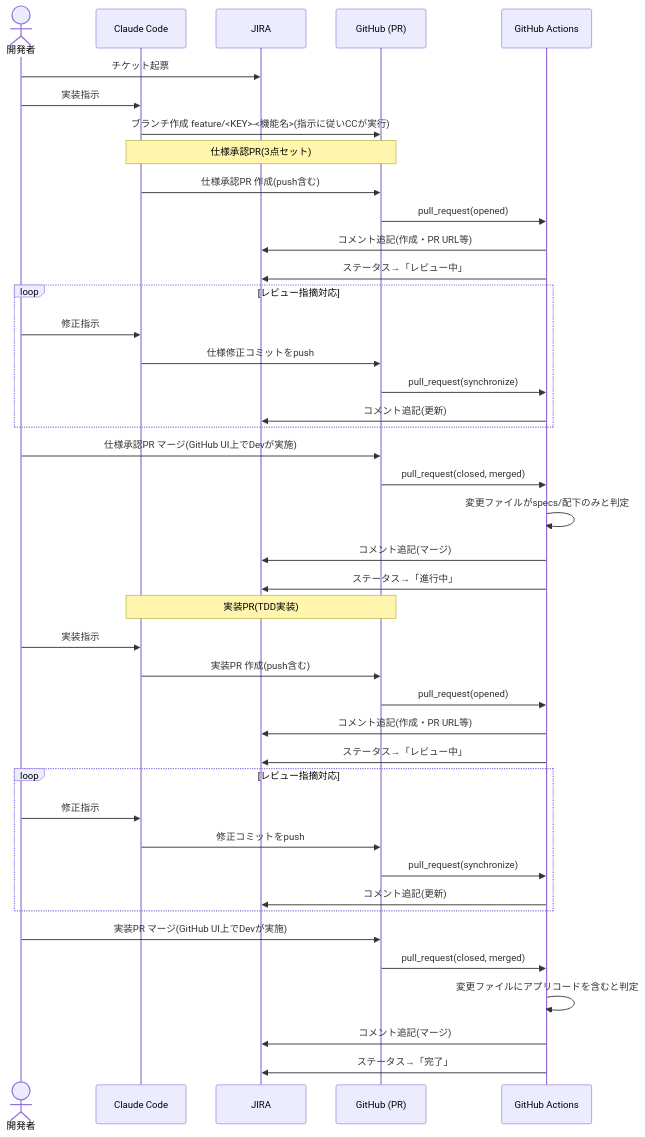
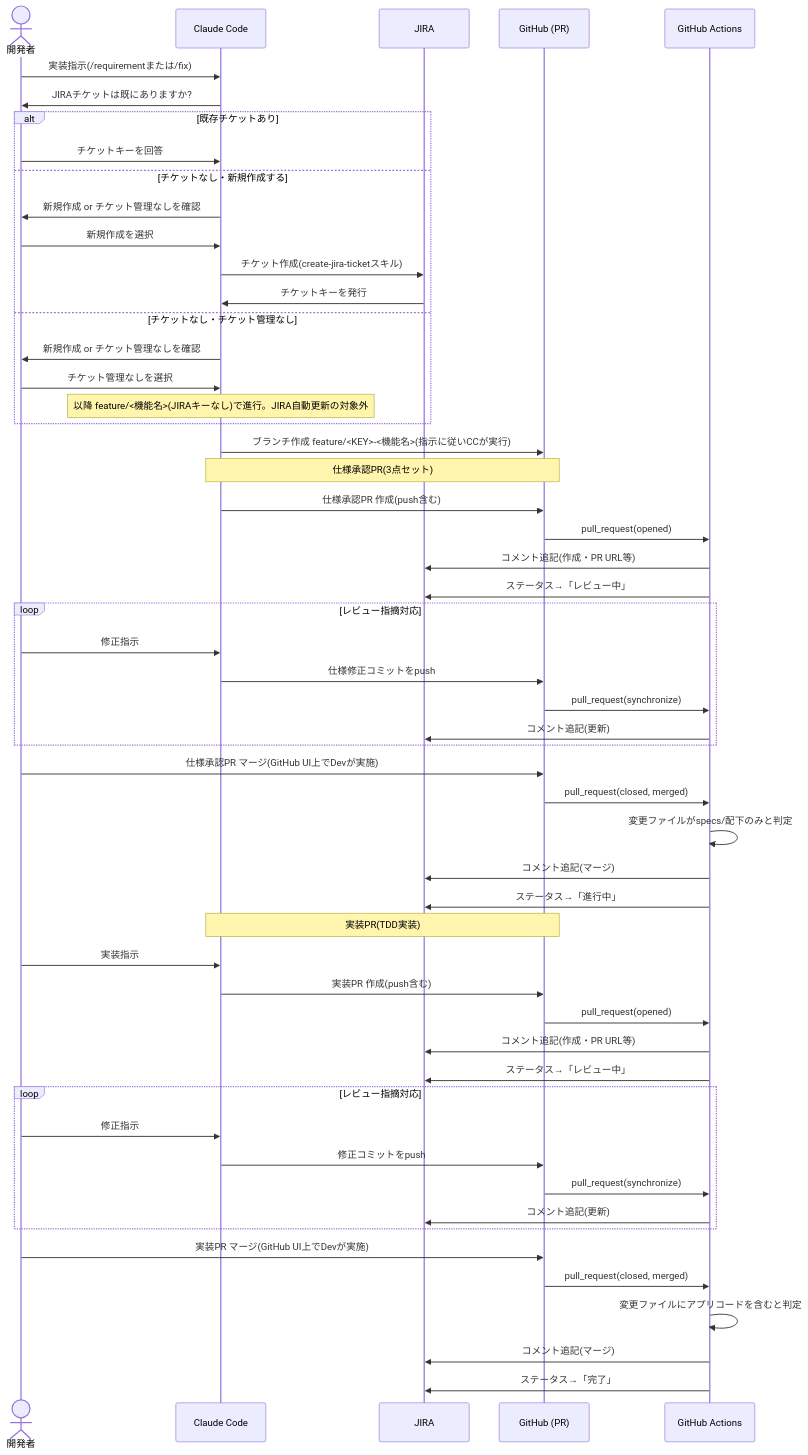
The diagram in specs/jira-automation/requirements.md (dnode-ryosuke-yamazaki/study), drawn with Mermaid before and after one commit. The commit also changed other lines of this file and 2 other files, not shown here.

Commit message:
開発フロー開始時のJIRAチケット確認フローを追加
/requirement・/fixの開始時に、対象JIRAチケットの存在確認(存在すればキー確認、
なければ新規作成 or チケット管理なしの選択)を行う要件を追加。ブランチ名への
JIRAキー付与に先立って、キーを確定させるための前段プロセス。
処理シーケンス図にもこの分岐を反映した。

````diff
--- a/specs/jira-automation/requirements.md
+++ b/specs/jira-automation/requirements.md
@@ -65,51 +76,65 @@
 ```mermaid
 sequenceDiagram
     actor Dev as 開発者
     participant CC as Claude Code
     participant Jira as JIRA
     participant GH as GitHub (PR)
     participant Actions as GitHub Actions
 
-    Dev->>Jira: チケット起票
-    Dev->>CC: 実装指示
+    Dev->>CC: 実装指示(/requirementまたは/fix)
+    CC->>Dev: JIRAチケットは既にありますか?
+
+    alt 既存チケットあり
+        Dev->>CC: チケットキーを回答
+    else チケットなし・新規作成する
+        CC->>Dev: 新規作成 or チケット管理なしを確認
+        Dev->>CC: 新規作成を選択
+        CC->>Jira: チケット作成(create-jira-ticketスキル)
+        Jira->>CC: チケットキーを発行
+    else チケットなし・チケット管理なし
+        CC->>Dev: 新規作成 or チケット管理なしを確認
+        Dev->>CC: チケット管理なしを選択
+        Note over CC: 以降 feature/<機能名>(JIRAキーなし)で進行。JIRA自動更新の対象外
+    end
+
     CC->>GH: ブランチ作成 feature/<KEY>-<機能名>(指示に従いCCが実行)
 
     Note over CC,GH: 仕様承認PR(3点セット)
     CC->>GH: 仕様承認PR 作成(push含む)
     GH->>Actions: pull_request(opened)
     Actions->>Jira: コメント追記(作成・PR URL等)
     Actions->>Jira: ステータス→「レビュー中」
 
     loop レビュー指摘対応
         Dev->>CC: 修正指示
         CC->>GH: 仕様修正コミットをpush
         GH->>Actions: pull_request(synchronize)
         Actions->>Jira: コメント追記(更新)
     end
 
     Dev->>GH: 仕様承認PR マージ(GitHub UI上でDevが実施)
     GH->>Actions: pull_request(closed, merged)
     Actions->>Actions: 変更ファイルがspecs/配下のみと判定
     Actions->>Jira: コメント追記(マージ)
     Actions->>Jira: ステータス→「進行中」
 
     Note over CC,GH: 実装PR(TDD実装)
     Dev->>CC: 実装指示
     CC->>GH: 実装PR 作成(push含む)
     GH->>Actions: pull_request(opened)
     Actions->>Jira: コメント追記(作成・PR URL等)
     Actions->>Jira: ステータス→「レビュー中」
 
     loop レビュー指摘対応
         Dev->>CC: 修正指示
         CC->>GH: 修正コミットをpush
         GH->>Actions: pull_request(synchronize)
         Actions->>Jira: コメント追記(更新)
     end
 
     Dev->>GH: 実装PR マージ(GitHub UI上でDevが実施)
     GH->>Actions: pull_request(closed, merged)
     Actions->>Actions: 変更ファイルにアプリコードを含むと判定
     Actions->>Jira: コメント追記(マージ)
     Actions->>Jira: ステータス→「完了」
 ```
````
